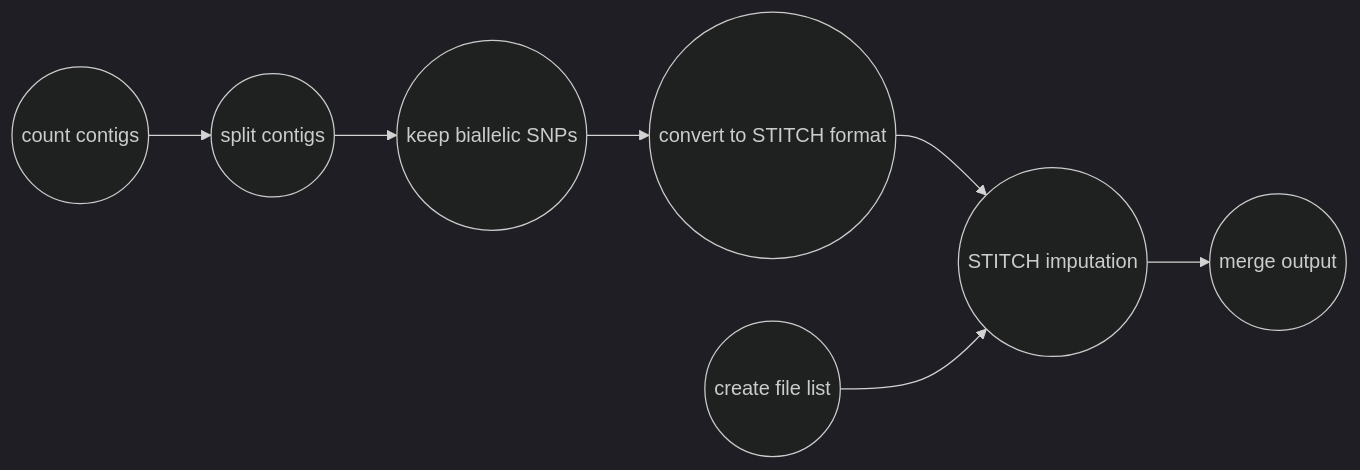
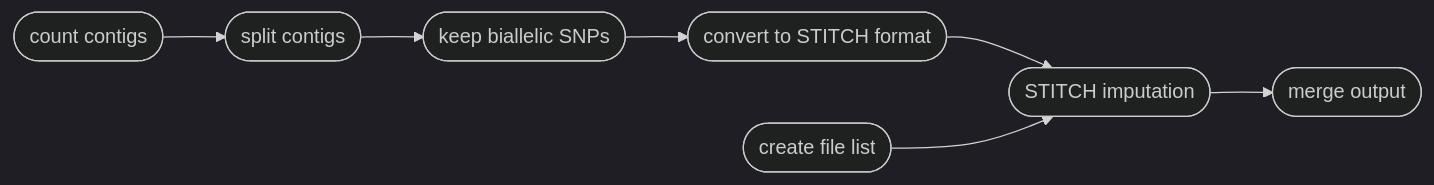
One commit to pdimens/harpy changed the diagram in Modules/imputation.md. Above: the diagram before and after it, drawn with Mermaid (dark theme). The commit also changed other lines of this file and 4 other files, not shown here.

````diff
--- a/Modules/imputation.md
+++ b/Modules/imputation.md
@@ -124,9 +124,9 @@
 ```mermaid
 graph LR
-    A((count contigs)) --> B((split contigs))
-    B-->C((keep biallelic SNPs))
-    C-->D((convert to STITCH format))
-    D-->E((STITCH imputation))
-    E-->F((merge output))
-    G((create file list))-->E
+    A([count contigs]) --> B([split contigs])
+    B-->C([keep biallelic SNPs])
+    C-->D([convert to STITCH format])
+    D-->E([STITCH imputation])
+    E-->F([merge output])
+    G([create file list])-->E
 ```
````
